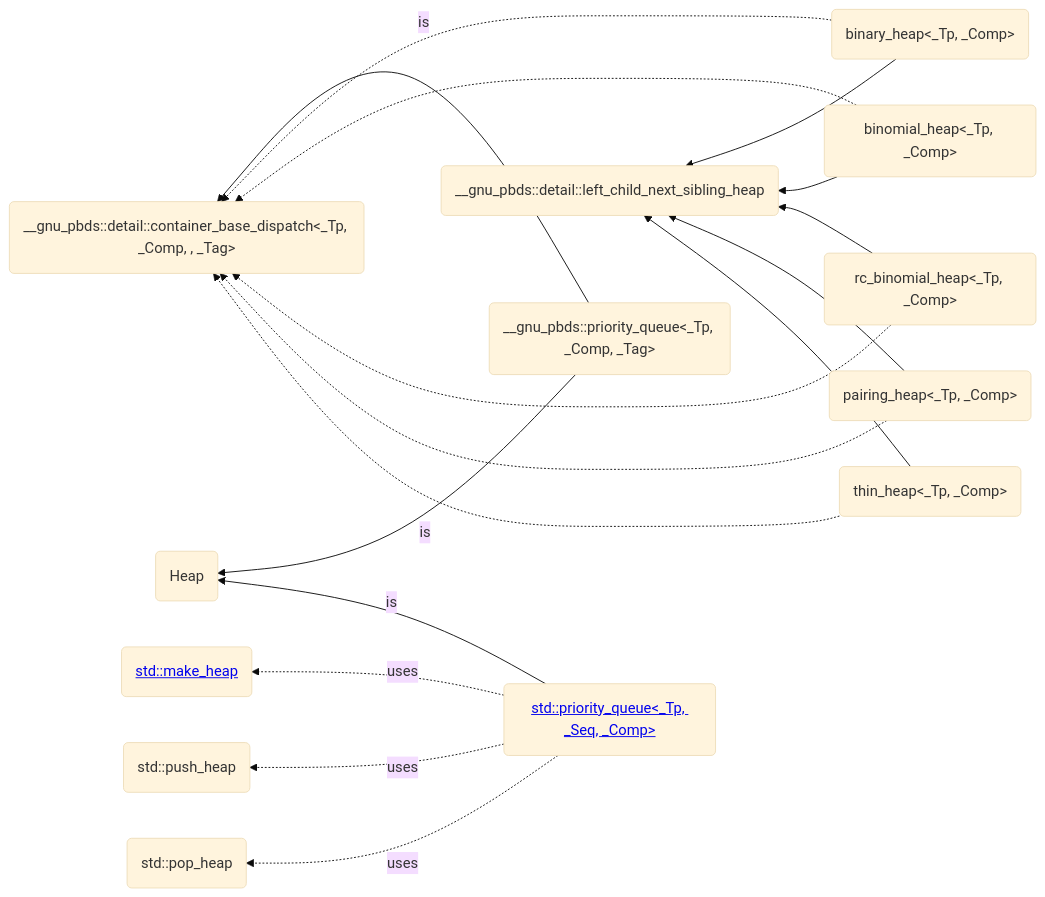
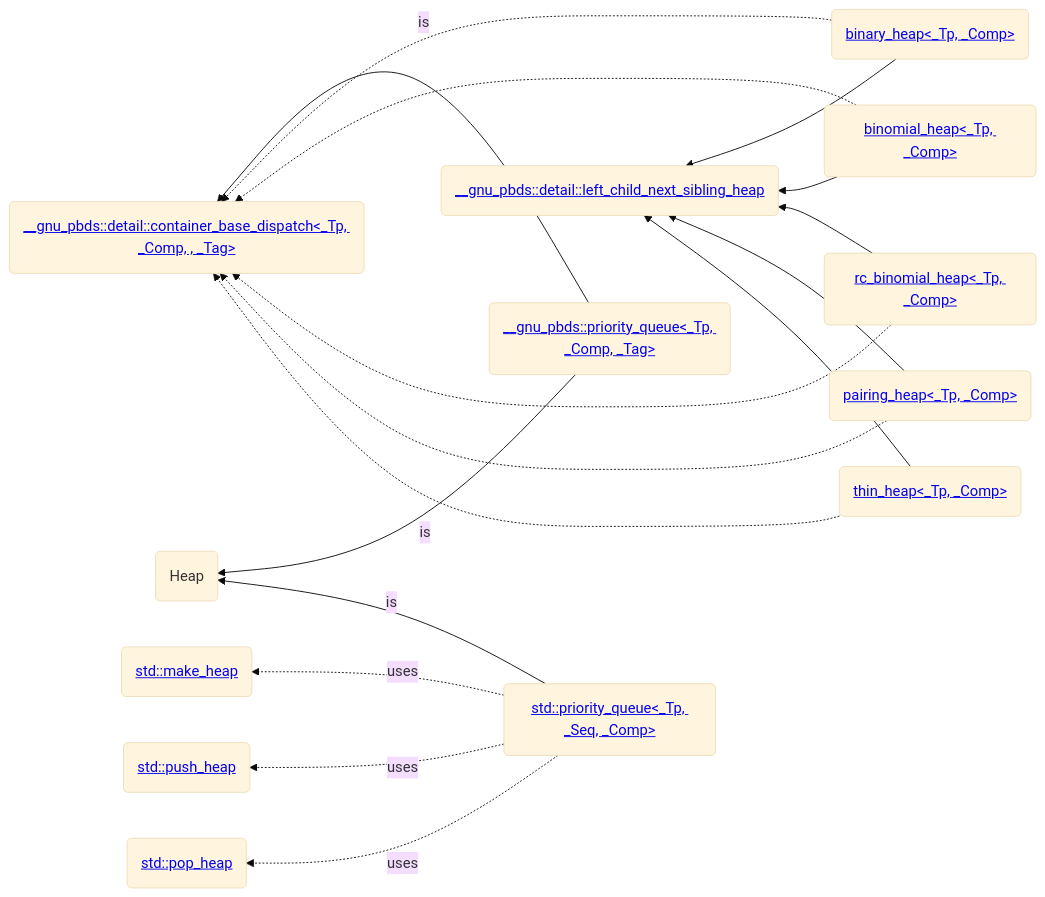
Before and after one commit to AsherJingkongChen/ds-assign4: the diagram in doc/priority_queue.md, drawn with Mermaid (base theme).

Commit message:
Asher Chen commited at 2022-12-28_16-47-01

````diff
--- a/doc/priority_queue.md
+++ b/doc/priority_queue.md
@@ -3,47 +3,35 @@
 ```mermaid
 graph RL;
 heap(Heap);
-gpq(__gnu_pbds::priority_queue<_Tp, _Comp, _Tag>);
-spq(<a href=//gcc.gnu.org/onlinedocs/gcc-12.2.0/libstdc++/api/a08762.html>std::priority_queue<_Tp, _Seq, _Comp></a>);
+gpq(<a href=https://gcc.gnu.org/onlinedocs/gcc-12.2.0/libstdc++/api/a12902.html>__gnu_pbds::priority_queue<_Tp, _Comp, _Tag></a>);
+spq(<a href=https://gcc.gnu.org/onlinedocs/gcc-12.2.0/libstdc++/api/a08762.html>std::priority_queue<_Tp, _Seq, _Comp></a>);
 make(<a href=https://gcc.gnu.org/onlinedocs/gcc-12.2.0/libstdc++/api/a01614.html#ga2a685c934e85086e5ac372026e8064f6>std::make_heap</a>);
-push(std::push_heap);
-pop(std::pop_heap);
-binhp(binary_heap<_Tp, _Comp>);
-bimhp(binomial_heap<_Tp, _Comp>);
-pahp(pairing_heap<_Tp, _Comp>);
-rbimhp(rc_binomial_heap<_Tp, _Comp>);
-thinhp(thin_heap<_Tp, _Comp>);
-gcbase(__gnu_pbds::detail::container_base_dispatch<_Tp, _Comp, , _Tag>);
-lcnsh(__gnu_pbds::detail::left_child_next_sibling_heap);
+push(<a href=https://gcc.gnu.org/onlinedocs/gcc-12.2.0/libstdc++/api/a01614.html#gab628ce505c9574f8929a0fa49ed514b3>std::push_heap</a>);
+pop(<a href=https://gcc.gnu.org/onlinedocs/gcc-12.2.0/libstdc++/api/a01614.html#ga0a57ba46981d46e0f3ebd4703d0ad18b>std::pop_heap);
+binhp(<a href=https://gcc.gnu.org/onlinedocs/gcc-12.2.0/libstdc++/api/a13278.html>binary_heap<_Tp, _Comp></a>);
+bimhp(<a href=https://gcc.gnu.org/onlinedocs/gcc-12.2.0/libstdc++/api/a13326.html>binomial_heap<_Tp, _Comp></a>);
+pahp(<a href=https://gcc.gnu.org/onlinedocs/gcc-12.2.0/libstdc++/api/a13550.html>pairing_heap<_Tp, _Comp></a>);
+rbimhp(<a href=https://gcc.gnu.org/onlinedocs/gcc-12.2.0/libstdc++/api/a13654.html>rc_binomial_heap<_Tp, _Comp></a>);
+thinhp(<a href=https://gcc.gnu.org/onlinedocs/gcc-12.2.0/libstdc++/api/a13702.html>thin_heap<_Tp, _Comp></a>);
+gcbase(<a href=https://gcc.gnu.org/onlinedocs/gcc-12.2.0/libstdc++/api/a13070.html>__gnu_pbds::detail::container_base_dispatch<_Tp, _Comp, , _Tag></a>);
+lcnsh(<a href=https://gcc.gnu.org/onlinedocs/gcc-12.2.0/libstdc++/api/a13482.html>__gnu_pbds::detail::left_child_next_sibling_heap</a>);
 
 gpq -->|is| heap;
 spq -->|is| heap;
 
 spq .->|uses| make;
 spq .->|uses| push;
 spq .->|uses| pop;
 
 gpq -->|is| gcbase;
 binhp ..-> gcbase;
 binhp --> lcnsh;
 bimhp ..-> gcbase;
 bimhp --> lcnsh;
 rbimhp ..-> gcbase;
 rbimhp --> lcnsh;
 pahp ..-> gcbase;
 pahp --> lcnsh;
 thinhp ..-> gcbase;
 thinhp --> lcnsh;
-
-click push "https://gcc.gnu.org/onlinedocs/gcc-12.2.0/libstdc++/api/a01614.html#ga0a57ba46981d46e0f3ebd4703d0ad18b";
-click pop "https://gcc.gnu.org/onlinedocs/gcc-12.2.0/libstdc++/api/a01614.html#gab628ce505c9574f8929a0fa49ed514b3";
-click gpq "https://gcc.gnu.org/onlinedocs/gcc-12.2.0/libstdc++/api/a12902.html";
-click gcbase "https://gcc.gnu.org/onlinedocs/gcc-12.2.0/libstdc++/api/a13070.html";
-click lcnsh "https://gcc.gnu.org/onlinedocs/gcc-12.2.0/libstdc++/api/a13482.html";
-click binhp "https://gcc.gnu.org/onlinedocs/gcc-12.2.0/libstdc++/api/a13654.html";
-click bimhp "https://gcc.gnu.org/onlinedocs/gcc-12.2.0/libstdc++/api/a13326.html";
-click rbimhp "https://gcc.gnu.org/onlinedocs/gcc-12.2.0/libstdc++/api/a13654.html";
-click pahp "https://gcc.gnu.org/onlinedocs/gcc-12.2.0/libstdc++/api/a13550.html";
-click thinhp "https://gcc.gnu.org/onlinedocs/gcc-12.2.0/libstdc++/api/a13702.html";
-
 ```
````
